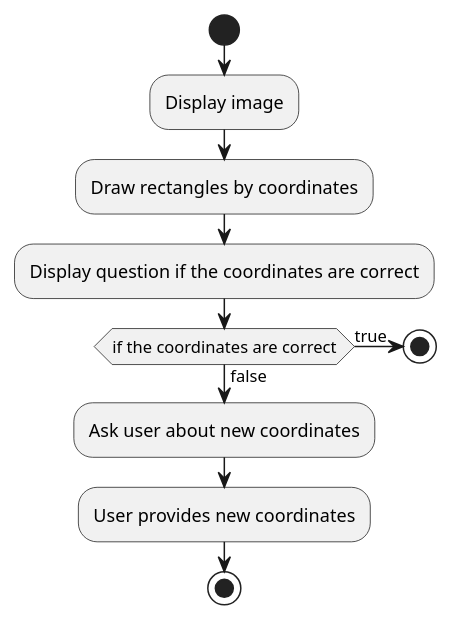
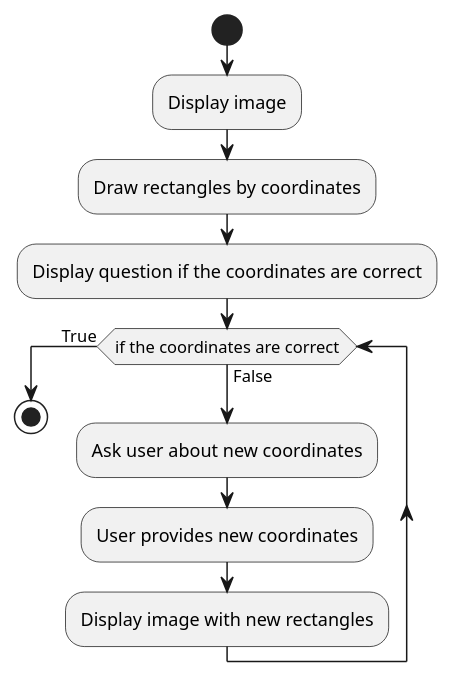
The diagram in UML/ProposalOfInputFieldsPlacement.puml (209450/ImageDataToExcel), drawn with PlantUML before and after one commit. The commit also changed 1 other file, not shown here.

Commit message:
Check in loop if the coordinates are valid

```diff
--- a/UML/ProposalOfInputFieldsPlacement.puml
+++ b/UML/ProposalOfInputFieldsPlacement.puml
@@ -1,20 +1,21 @@
 @startuml
 'https://plantuml.com/activity-diagram-beta
 
 start
 :Display image;
 :Draw rectangles by coordinates;
 :Display question if the coordinates are correct;
-if (if the coordinates are correct) then (true)
-    stop
-else (false)
+
+
+while (if the coordinates are correct) is (False)
     :Ask user about new coordinates;
     :User provides new coordinates;
-endif
+    :Display image with new rectangles;
+endwhile (True)
 stop
 
 'Output:
 'Change enum's value for user's changed ones
 'If enum can not be changed, assign values to new variable
 
 @enduml
```
